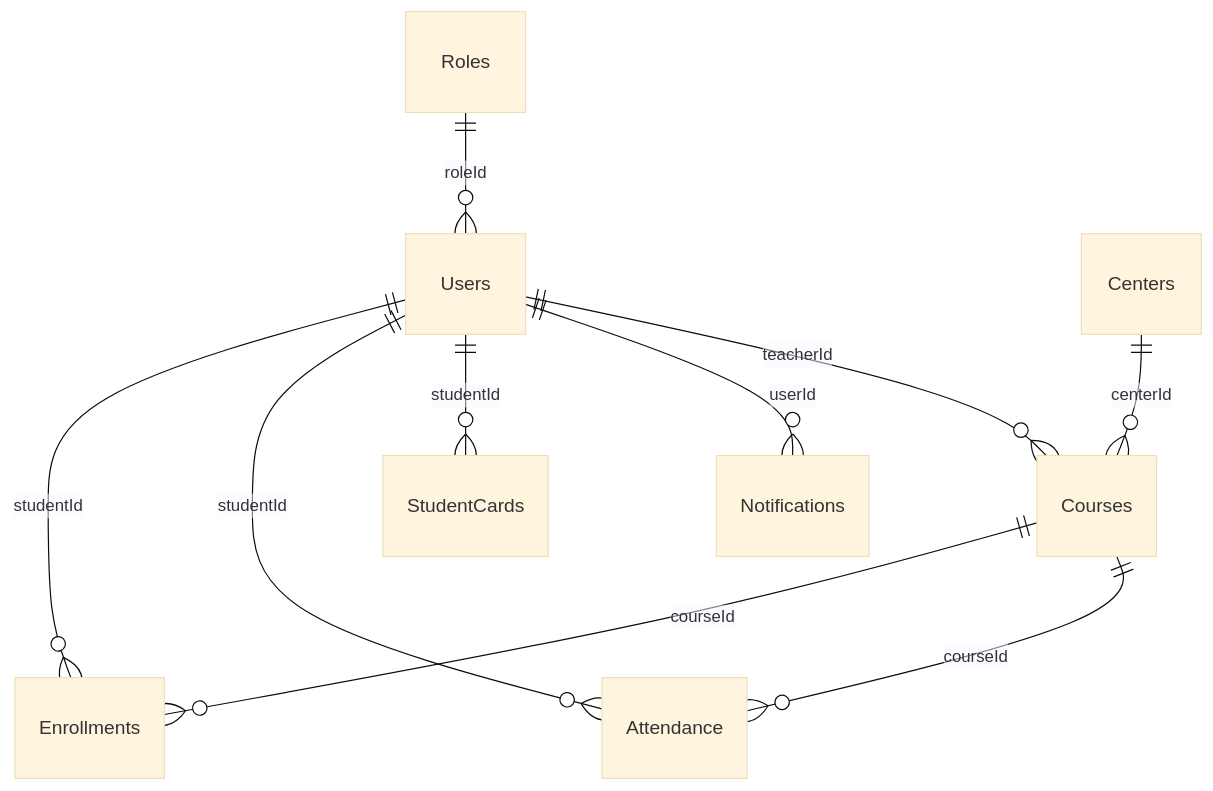
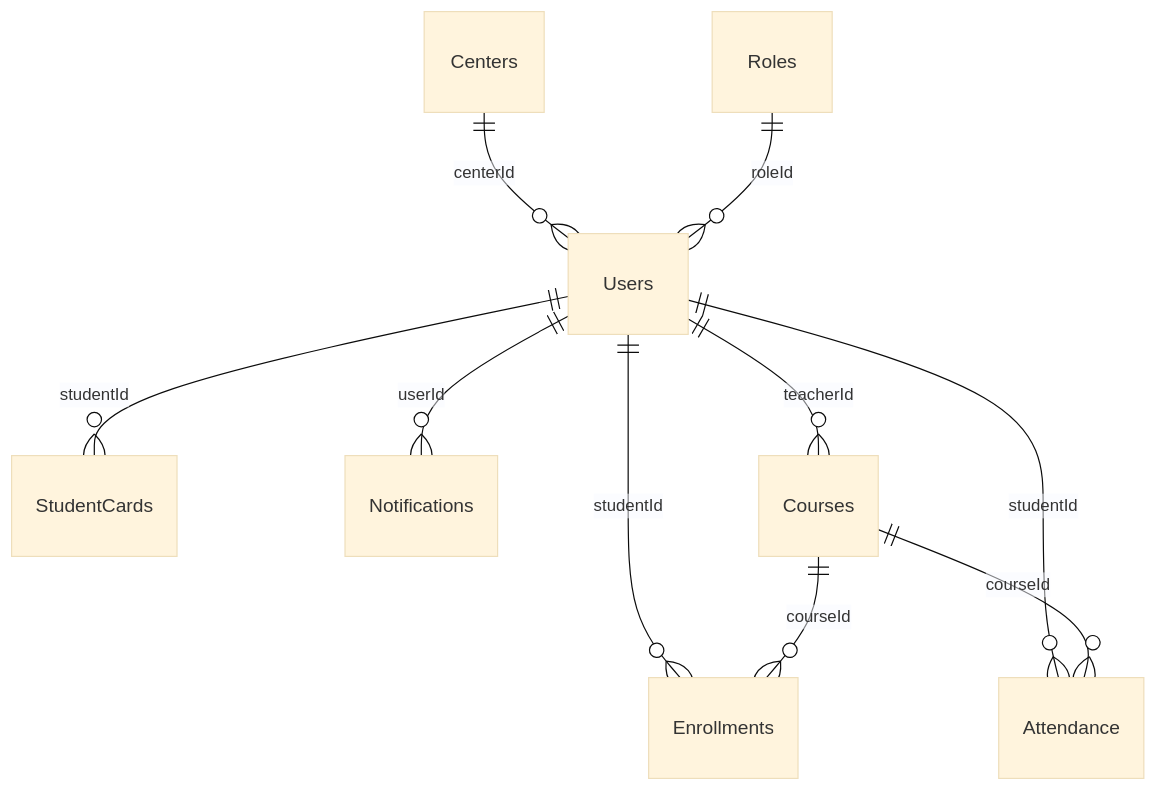
One commit to hainguyen81/enterprise-it-ai changed the first of 12 diagrams in sources/storage/business-analysis/membership-hub/requirements.md. Above: the diagram before and after it, drawn with Mermaid (base theme). The commit also changed other lines of this file and 7 other files, not shown here.

````diff
--- a/sources/storage/business-analysis/membership-hub/requirements.md
+++ b/sources/storage/business-analysis/membership-hub/requirements.md
@@ -318,12 +374,12 @@
 ```mermaid
 erDiagram
     Users ||--o{ Enrollments : "studentId"
     Users ||--o{ Attendance : "studentId"
     Users ||--o{ StudentCards : "studentId"
     Users ||--o{ Notifications : "userId"
     Users ||--o{ Courses : "teacherId"
-    Centers ||--o{ Courses : "centerId"
+    Centers ||--o{ Users : "centerId"
     Courses ||--o{ Enrollments : "courseId"
     Courses ||--o{ Attendance : "courseId"
     Roles ||--o{ Users : "roleId"
 ```
````
